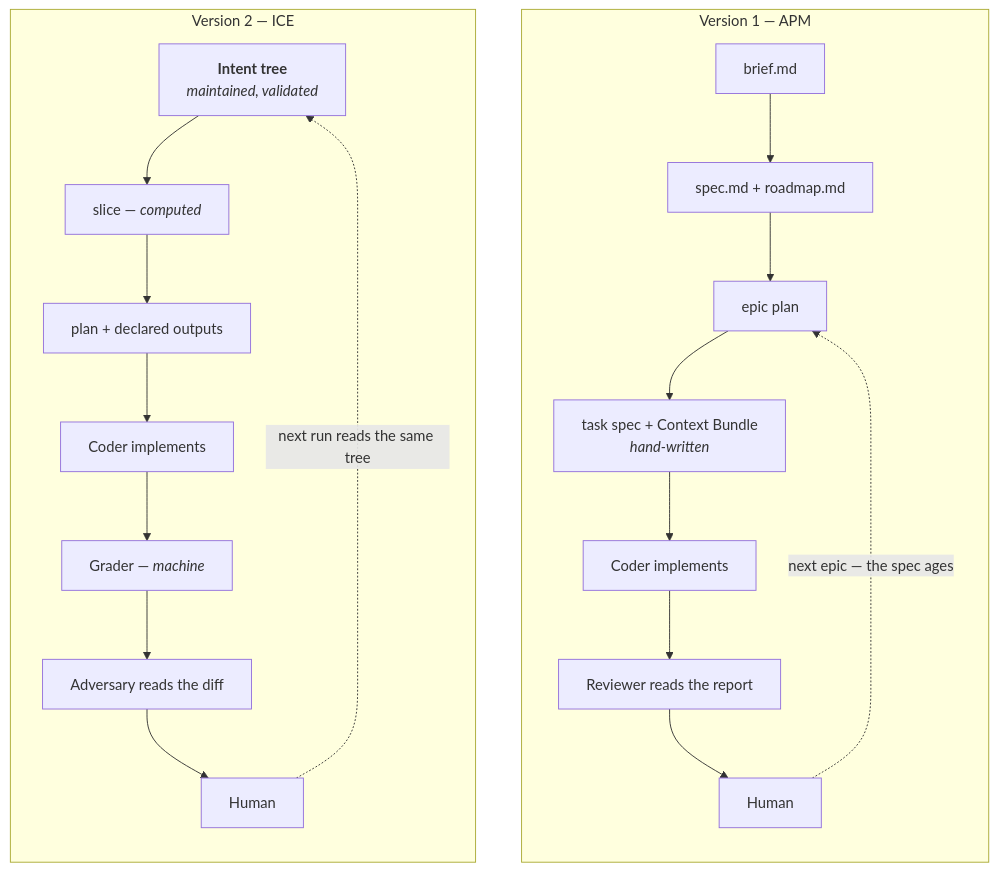
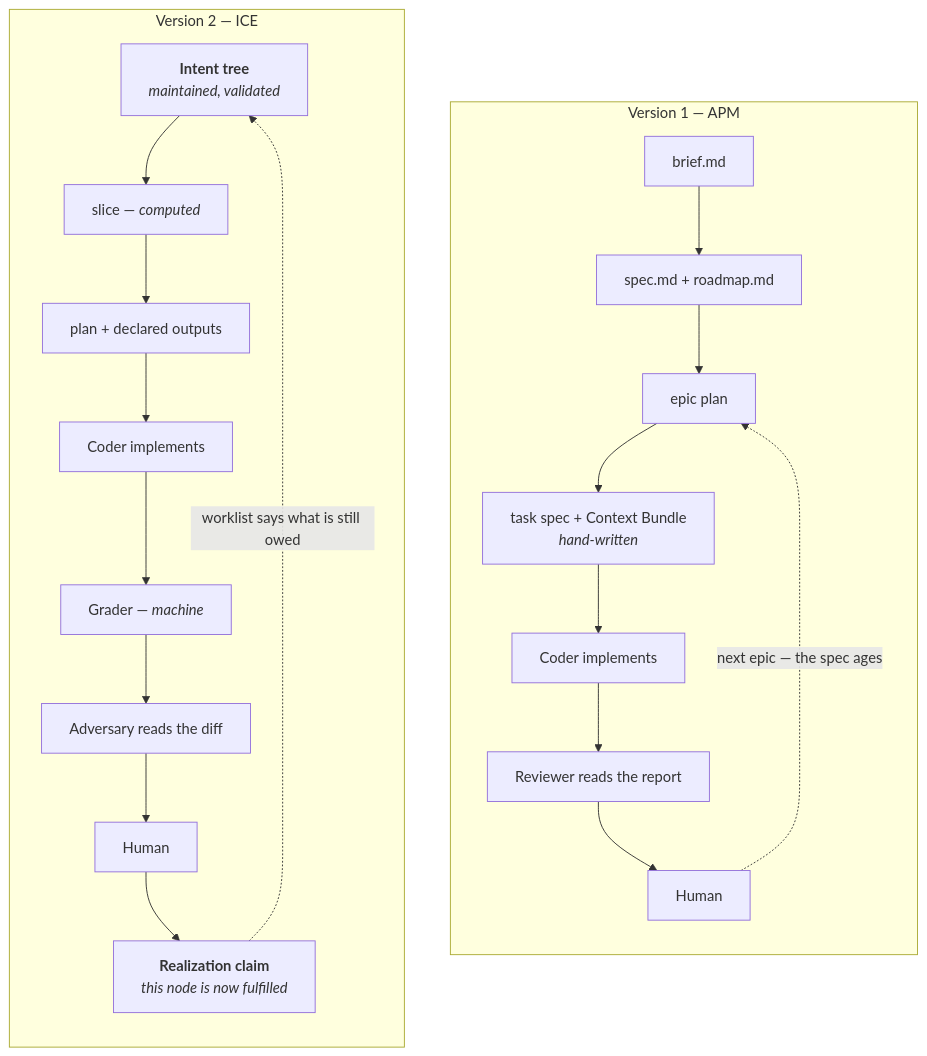
The fifth of 5 diagrams in README.md (ivomarvan/cursor-best-practices-template), drawn with Mermaid before and after one commit. The commit also changed other lines of this file and 33 other files, not shown here.

````diff
--- a/README.md
+++ b/README.md
@@ -264,24 +408,25 @@
 ```mermaid
 flowchart TB
     subgraph V1["Version 1 — APM"]
         direction TB
         A1["brief.md"] --> A2["spec.md + roadmap.md"]
         A2 --> A3["epic plan"]
         A3 --> A4["task spec + Context Bundle<br/><i>hand-written</i>"]
         A4 --> A5["Coder implements"]
         A5 --> A6["Reviewer reads the report"]
         A6 --> A7["Human"]
         A7 -. "next epic — the spec ages" .-> A3
     end
     subgraph V2["Version 2 — ICE"]
         direction TB
         B0["<b>Intent tree</b><br/><i>maintained, validated</i>"]
         B0 --> B1["slice — <i>computed</i>"]
         B1 --> B2["plan + declared outputs"]
         B2 --> B3["Coder implements"]
-        B3 --> B4["Grader — <i>machine</i>"]
+        B3 -->         B4["Grader — <i>machine</i>"]
         B4 --> B5["Adversary reads the diff"]
         B5 --> B6["Human"]
-        B6 -. "next run reads the same tree" .-> B0
+        B6 --> B7["<b>Realization claim</b><br/><i>this node is now fulfilled</i>"]
+        B7 -. "worklist says what is still owed" .-> B0
     end
 ```
````
